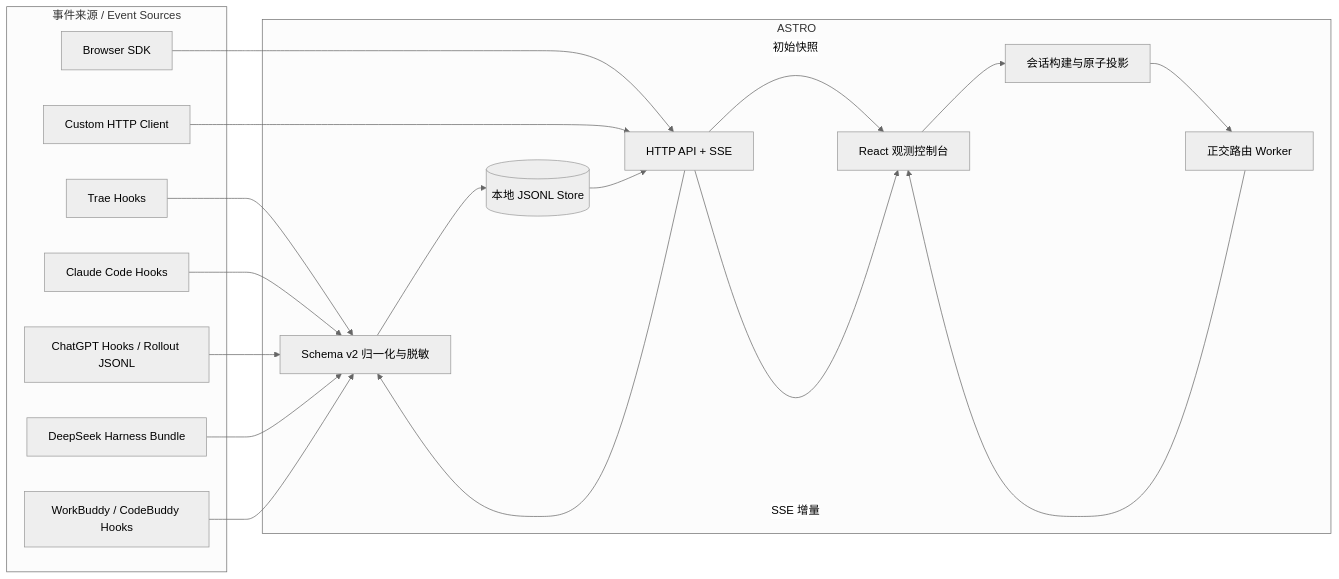
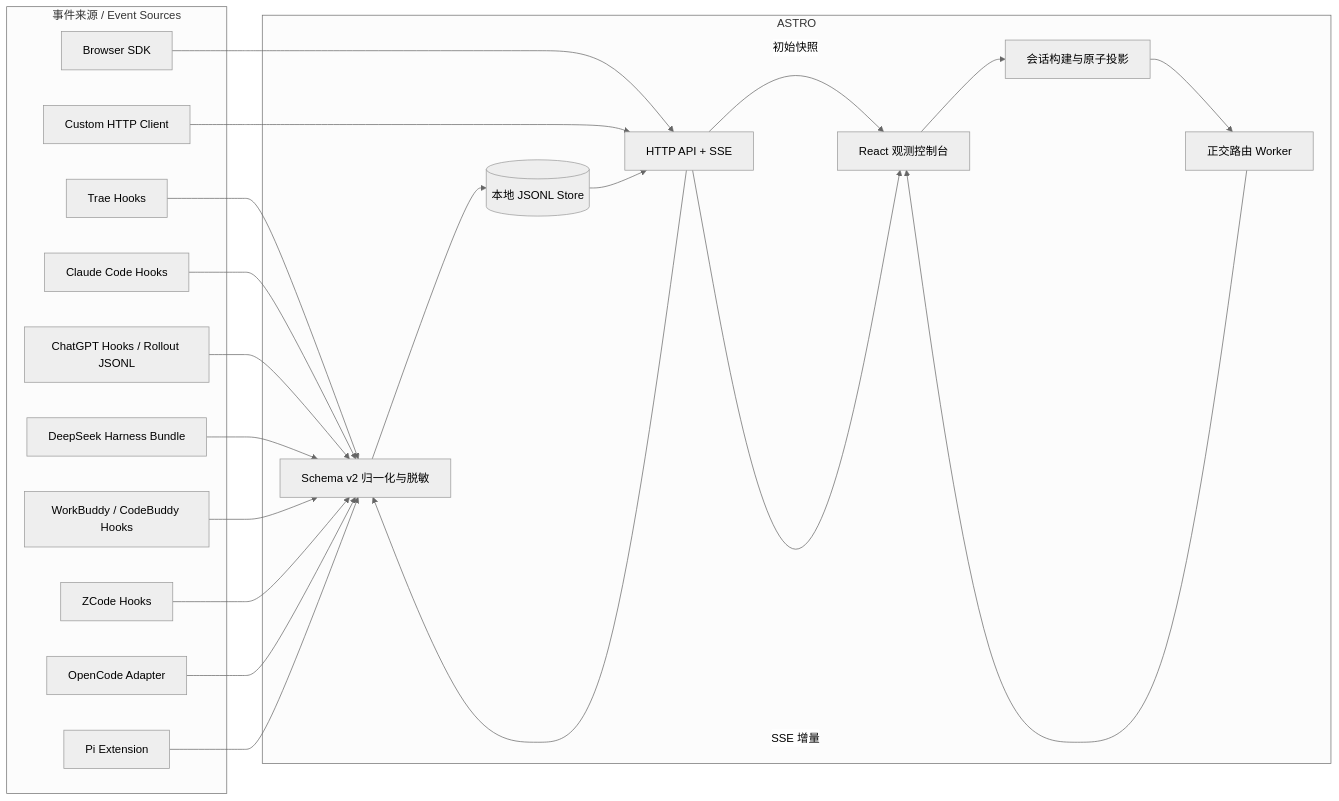
The first of 3 diagrams in docs/architecture-zh.md (chaos-design/astro), drawn with Mermaid (neutral theme) before and after one commit. The commit also changed other lines of this file and 9 other files, not shown here.

Commit message:
docs(architecture): record host channels and known gaps

````diff
--- a/docs/architecture-zh.md
+++ b/docs/architecture-zh.md
@@ -24,35 +26,41 @@
 ```mermaid
 flowchart LR
   subgraph Sources["事件来源 / Event Sources"]
     T["Trae Hooks"]
     C["Claude Code Hooks"]
     X["ChatGPT Hooks / Rollout JSONL"]
     D["DeepSeek Harness Bundle"]
     W["WorkBuddy / CodeBuddy Hooks"]
+    Z["ZCode Hooks"]
+    O["OpenCode Adapter"]
+    PI["Pi Extension"]
     B["Browser SDK"]
     H["Custom HTTP Client"]
   end
 
   subgraph Astro["ASTRO"]
     N["Schema v2 归一化与脱敏"]
     S[("本地 JSONL Store")]
     API["HTTP API + SSE"]
     P["会话构建与原子投影"]
     R["正交路由 Worker"]
     UI["React 观测控制台"]
   end
 
   T --> N
   C --> N
   X --> N
   D --> N
   W --> N
+  Z --> N
+  O --> N
+  PI --> N
   B --> API
   H --> API
   API --> N
   N --> S
   S --> API
   API -->|"初始快照"| UI
   API -->|"SSE 增量"| UI
   UI --> P --> R --> UI
 ```
````
